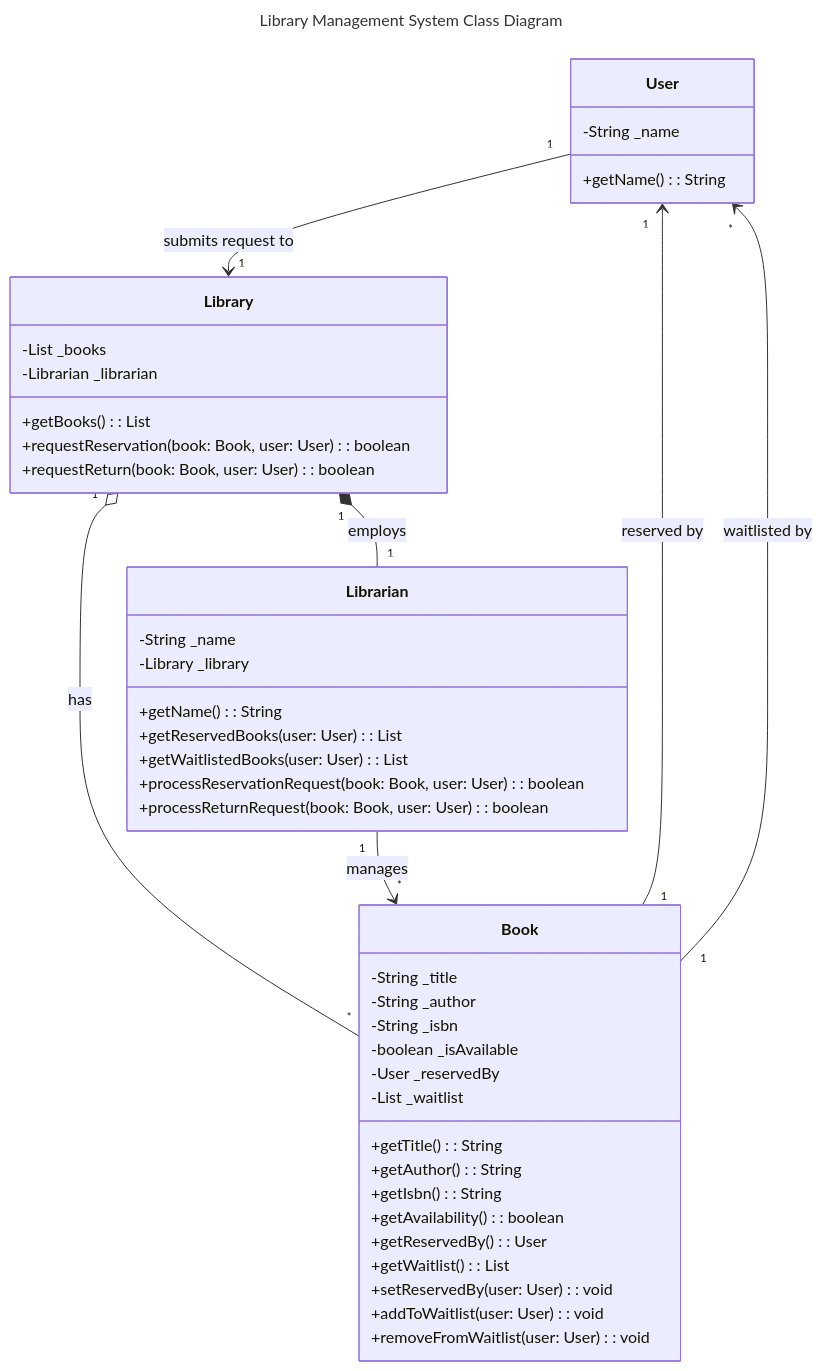
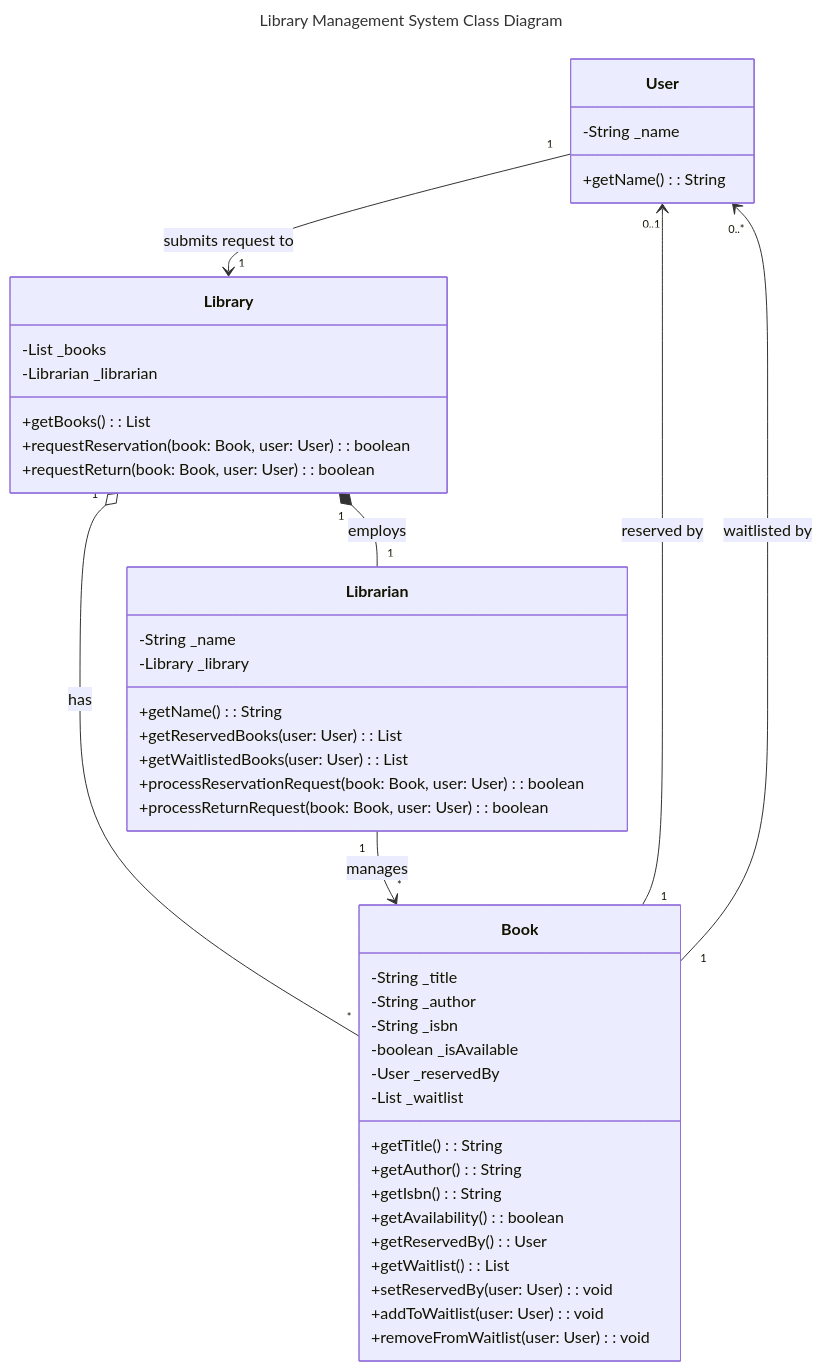
Before and after one commit to BetterLordWilliam/comp7082-system-modeling-lab: the diagram in docs/class-diagram.mmd, drawn with Mermaid. The commit also changed 1 other file, not shown here.

Commit message:
WO: the program is implemented per the described control flow, TODO update the sequence diagram to match the specific scenario it should be fore.

```diff
--- a/docs/class-diagram.mmd
+++ b/docs/class-diagram.mmd
@@ -1,48 +1,48 @@
 ---
 title: Library Management System Class Diagram
 ---
 classDiagram
     User "1" --> "1" Library : submits request to
     Library "1" o-- "*" Book : has
     Library "1" *-- "1" Librarian : employs
     Librarian "1" --> "*" Book : manages
-    Book "1" --> "1" User : reserved by
-    Book "1" --> "*" User : waitlisted by
+    Book "1" --> "0..1" User : reserved by
+    Book "1" --> "0..*" User : waitlisted by
 
     class Book{
         -String _title
         -String _author
         -String _isbn
         -boolean _isAvailable
         -User _reservedBy
         -List<User> _waitlist
         +getTitle(): String
         +getAuthor(): String
         +getIsbn(): String
         +getAvailability(): boolean
         +getReservedBy(): User
         +getWaitlist(): List<User>
         +setReservedBy(user: User): void
         +addToWaitlist(user: User): void
         +removeFromWaitlist(user: User): void
     }
     class User{
         -String _name
         +getName(): String
     }
     class Library{
         -List<Book> _books
         -Librarian _librarian
         +getBooks(): List<Book>
         +requestReservation(book: Book, user: User): boolean
         +requestReturn(book: Book, user: User): boolean
     }
     class Librarian{
         -String _name
         -Library _library
         +getName(): String
         +getReservedBooks(user: User): List<Book>
         +getWaitlistedBooks(user: User): List<Book>
         +processReservationRequest(book: Book, user: User): boolean
         +processReturnRequest(book: Book, user: User): boolean
     }
```
